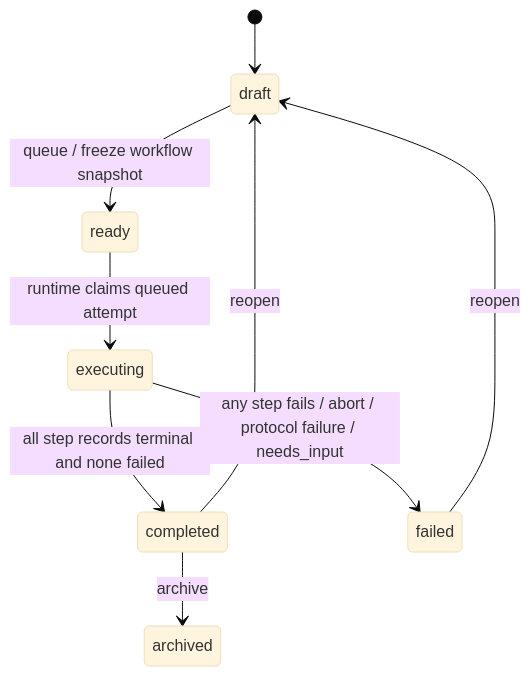
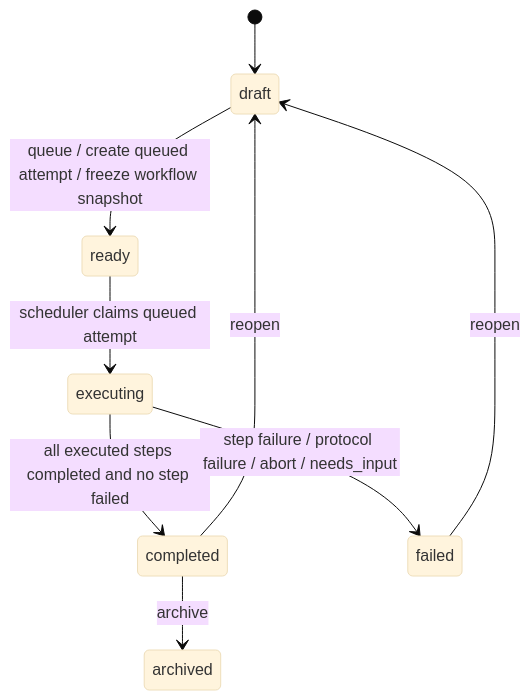
Before and after one commit to jeffery-zhang/tasks-dispatcher: the first of 2 diagrams in docs/plans/2026-03-31-001-refactor-task-lifecycle-and-workflow-state-plan.md, drawn with Mermaid (base theme). The commit also changed other lines of this file and 60 other files, not shown here.

First line of the commit message:
refactor(runtime): adopt workflow-based task execution model

````diff
--- a/docs/plans/2026-03-31-001-refactor-task-lifecycle-and-workflow-state-plan.md
+++ b/docs/plans/2026-03-31-001-refactor-task-lifecycle-and-workflow-state-plan.md
@@ -104,11 +116,11 @@
 ```mermaid
 stateDiagram-v2
     [*] --> draft
-    draft --> ready: queue / freeze workflow snapshot
-    ready --> executing: runtime claims queued attempt
-    executing --> completed: all step records terminal and none failed
-    executing --> failed: any step fails / abort / protocol failure / needs_input
+    draft --> ready: queue / create queued attempt / freeze workflow snapshot
+    ready --> executing: scheduler claims queued attempt
+    executing --> completed: all executed steps completed and no step failed
+    executing --> failed: step failure / protocol failure / abort / needs_input
     completed --> draft: reopen
     failed --> draft: reopen
     completed --> archived: archive
 ```
````
